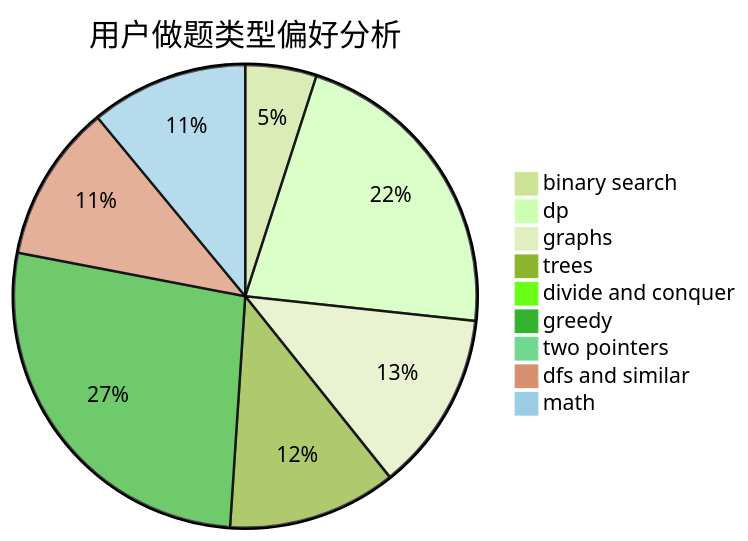
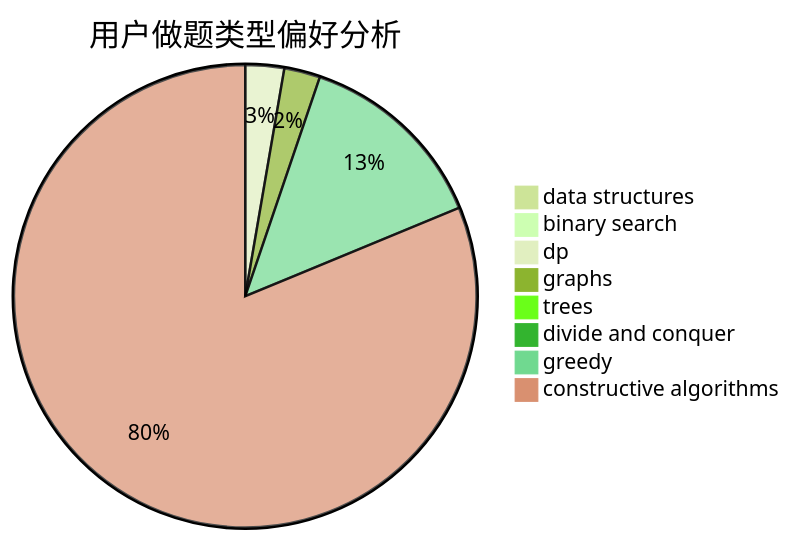
Before and after one commit to sherpahu/cfrs.github.io: the second of 3 diagrams in docs/user/u674.md, drawn with Mermaid (forest theme). The commit also changed other lines of this file and 2775 other files, not shown here.

````diff
--- a/docs/user/u674.md
+++ b/docs/user/u674.md
@@ -23,12 +23,11 @@
 ```mermaid
 pie title 用户做题类型偏好分析
-    "binary search" :  19
-    "dp" :  83
-    "graphs" :  48
-    "trees" :  45
+    "data structures" :  1
+    "binary search" :  0
+    "dp" :  14
+    "graphs" :  13
+    "trees" :  2
     "divide and conquer" :  2
-    "greedy" :  103
-    "two pointers" :  0
-    "dfs and similar" :  42
-    "math" :  42
+    "greedy" :  70
+    "constructive algorithms" :  420
 ```
````
